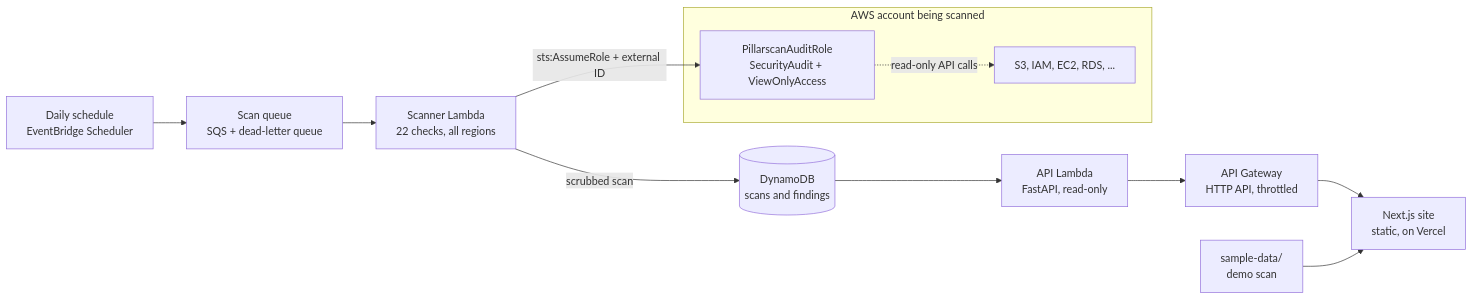
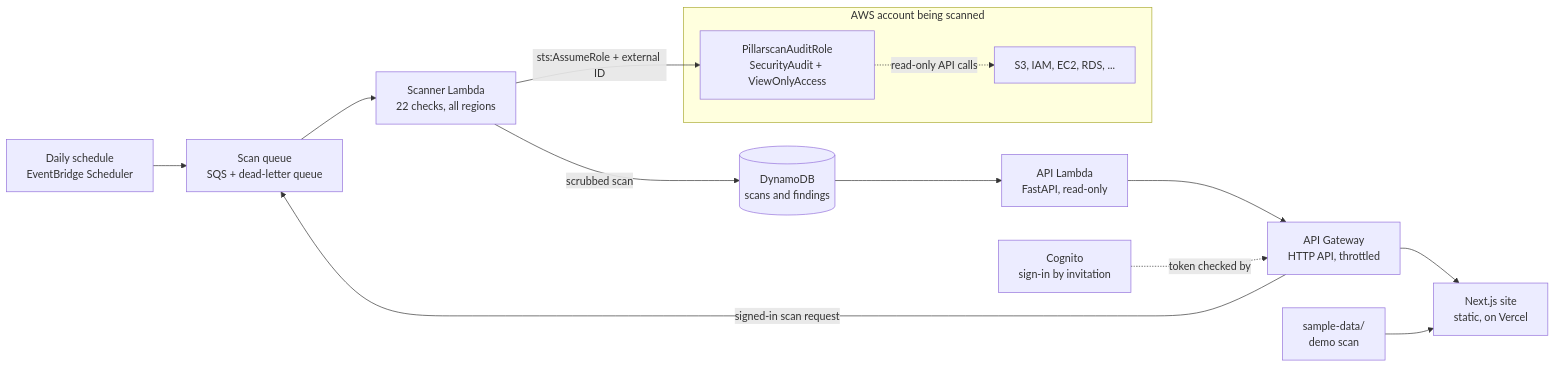
The diagram in README.md (Asiwomex/Pillarscan), drawn with Mermaid before and after one commit. The commit also changed other lines of this file and 11 other files, not shown here.

````diff
--- a/README.md
+++ b/README.md
@@ -27,22 +27,24 @@
 ```mermaid
 flowchart LR
     schedule["Daily schedule<br/>EventBridge Scheduler"]
     queue["Scan queue<br/>SQS + dead-letter queue"]
     scanner["Scanner Lambda<br/>22 checks, all regions"]
     table[("DynamoDB<br/>scans and findings")]
     api["API Lambda<br/>FastAPI, read-only"]
     gateway["API Gateway<br/>HTTP API, throttled"]
     site["Next.js site<br/>static, on Vercel"]
 
     subgraph account["AWS account being scanned"]
         role["PillarscanAuditRole<br/>SecurityAudit + ViewOnlyAccess"]
         resources["S3, IAM, EC2, RDS, ..."]
         role -. "read-only API calls" .-> resources
     end
 
     schedule --> queue --> scanner
     scanner -- "sts:AssumeRole + external ID" --> role
     scanner -- "scrubbed scan" --> table
     table --> api --> gateway --> site
+    cognito["Cognito<br/>sign-in by invitation"] -. "token checked by" .-> gateway
+    gateway -- "signed-in scan request" --> queue
     sample["sample-data/<br/>demo scan"] --> site
 ```
````
